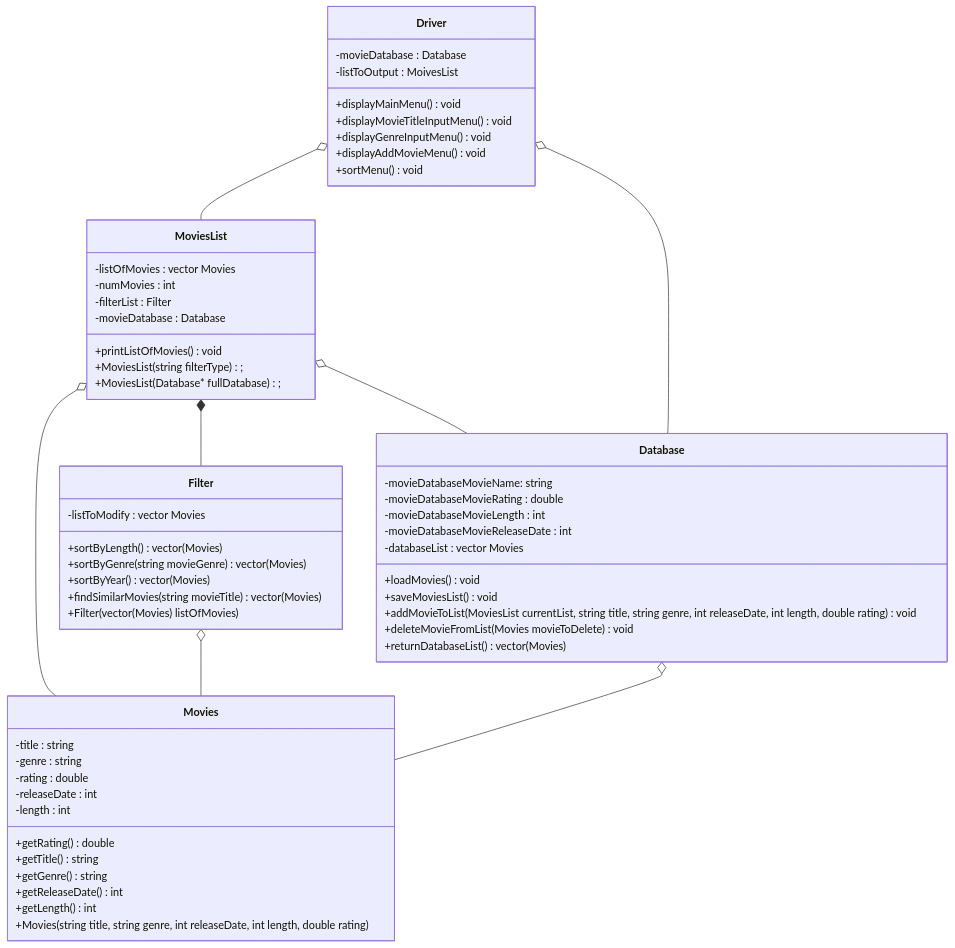
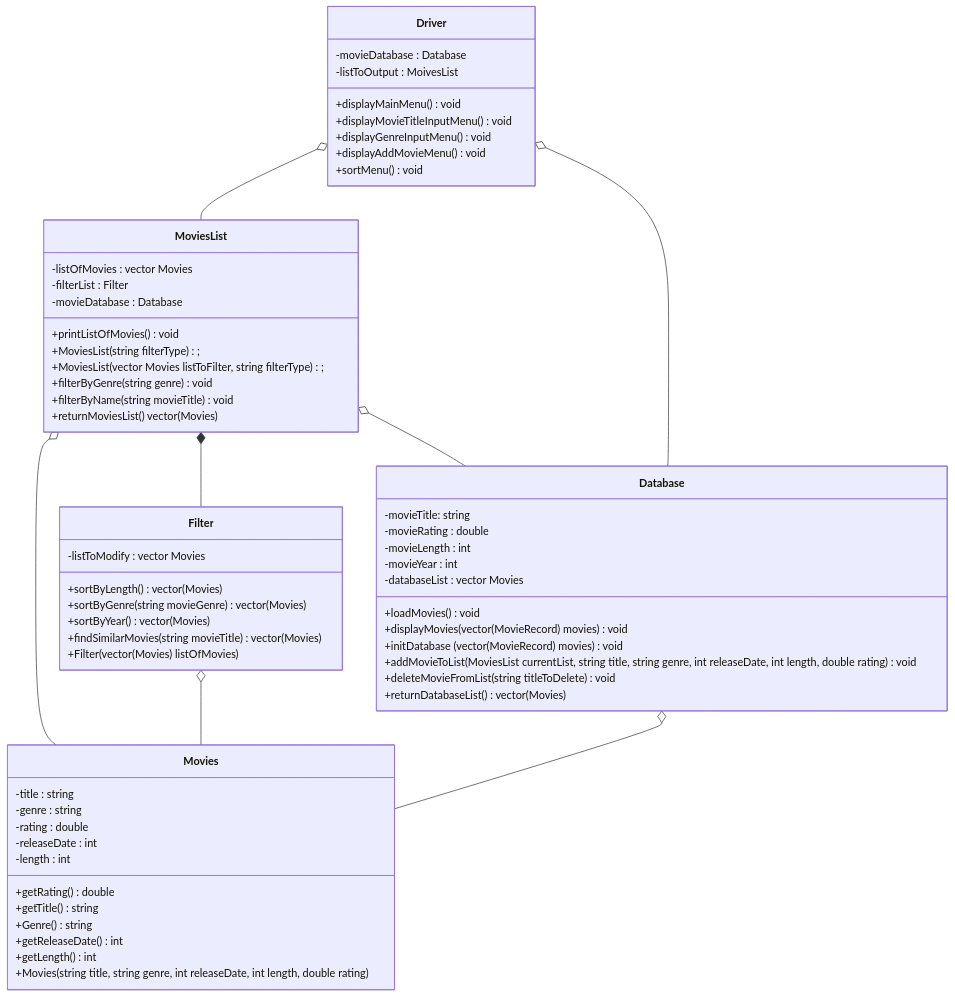
The diagram in README.md (ssant096/Movie-Recommeder), drawn with Mermaid before and after one commit.

Commit message:
Update UML

````diff
--- a/README.md
+++ b/README.md
@@ -19,62 +19,65 @@
 ```mermaid
  classDiagram
  MoviesList o-- Movies
  MoviesList *-- Filter
  Driver o-- MoviesList
  MoviesList o-- Database
  Driver o-- Database
  Filter o-- Movies
  Database o-- Movies
  
  class Driver{
    -movieDatabase : Database
    -listToOutput : MoivesList
    +displayMainMenu() void
    +displayMovieTitleInputMenu() void
    +displayGenreInputMenu() void
    +displayAddMovieMenu() void
    +sortMenu() void
  }
  class Database{
-   -movieDatabaseMovieName: string
-   -movieDatabaseMovieRating : double
-   -movieDatabaseMovieLength : int
-   -movieDatabaseMovieReleaseDate : int
+   -movieTitle: string
+   -movieRating : double
+   -movieLength : int
+   -movieYear : int
    -databaseList : vector Movies
    +loadMovies() void
-   +saveMoviesList() void
+   +displayMovies(vector(MovieRecord) movies) void
+   +initDatabase (vector(MovieRecord) movies) void
    +addMovieToList(MoviesList currentList, string title, string genre, int releaseDate, int length, double rating) void
-   +deleteMovieFromList(Movies movieToDelete) void
+   +deleteMovieFromList(string titleToDelete) void
    +returnDatabaseList() : vector(Movies)
  }
  class Movies{
    -title : string
    -genre : string
    -rating : double
    -releaseDate : int
    -length : int
    +getRating() double
    +getTitle() string
-   +getGenre() string
+   +Genre() string
    +getReleaseDate() int
    +getLength() int
    +Movies(string title, string genre, int releaseDate, int length, double rating) 
  }
  class MoviesList{
    -listOfMovies : vector Movies
-   -numMovies : int
    -filterList : Filter
    -movieDatabase : Database
    +printListOfMovies() void
    +MoviesList(string filterType);
-   +MoviesList(Database* fullDatabase);
+   +MoviesList(vector Movies listToFilter, string filterType);
+   +filterByGenre(string genre) void
+   +filterByName(string movieTitle) void
+   +returnMoviesList() vector(Movies)
  }
  class Filter{
    -listToModify : vector Movies
    +sortByLength() : vector(Movies)
    +sortByGenre(string movieGenre) : vector(Movies)
    +sortByYear() : vector(Movies)
    +findSimilarMovies(string movieTitle) : vector(Movies)
    +Filter(vector(Movies) listOfMovies)
  }
 ``` 
````
